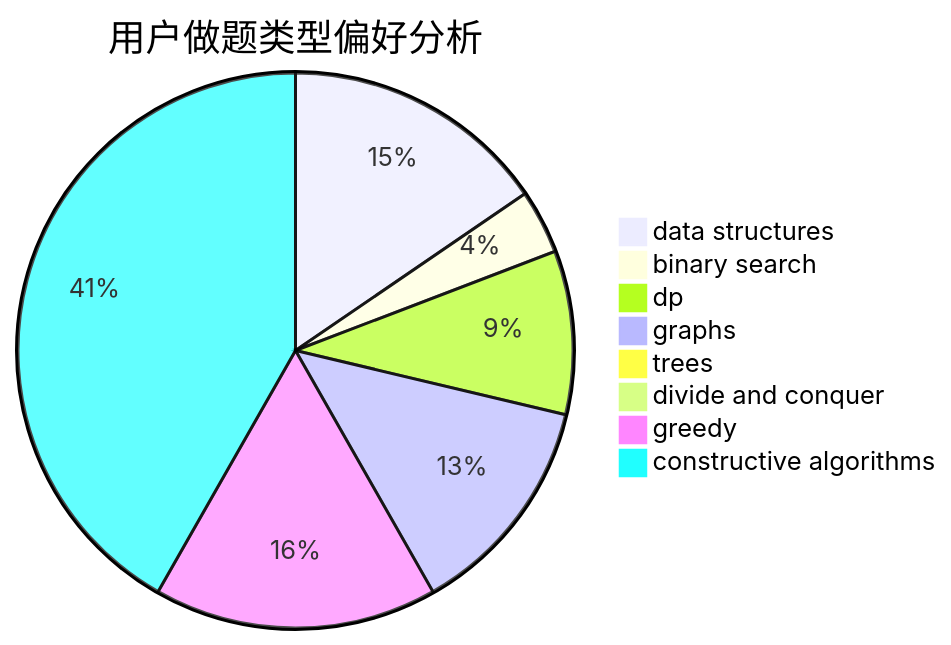
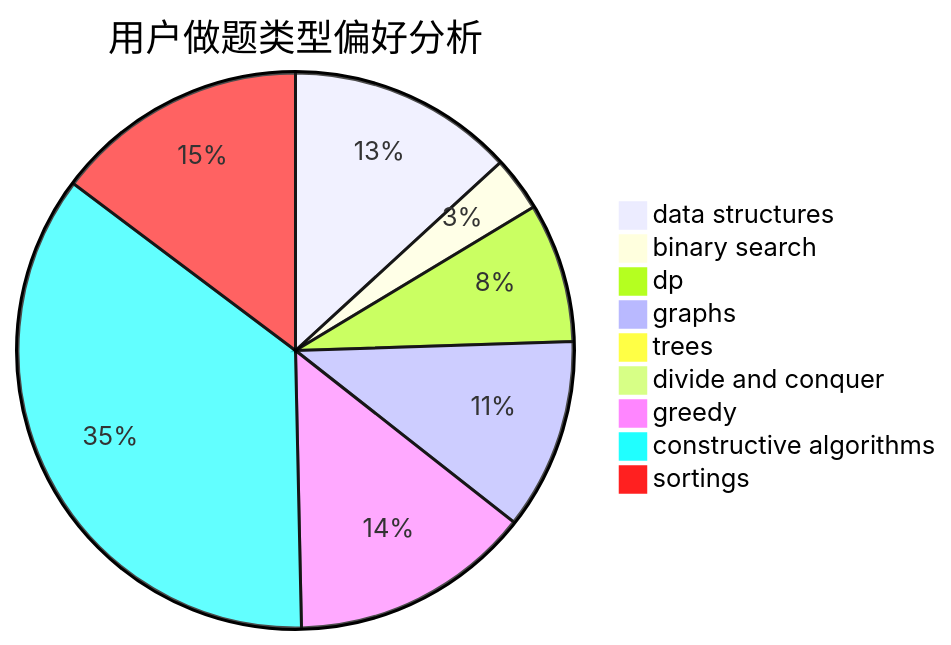
One commit to sherpahu/cfrs.github.io changed the second of 3 diagrams in docs/user/u320.md. Above: the diagram before and after it, drawn with Mermaid. The commit also changed other lines of this file and 2769 other files, not shown here.

````diff
--- a/docs/user/u320.md
+++ b/docs/user/u320.md
@@ -23,11 +18,12 @@
 ```mermaid
 pie title 用户做题类型偏好分析
     "data structures" :  211
     "binary search" :  51
     "dp" :  130
     "graphs" :  178
     "trees" :  9
     "divide and conquer" :  0
     "greedy" :  225
     "constructive algorithms" :  570
+    "sortings" :  236
 ```
````
